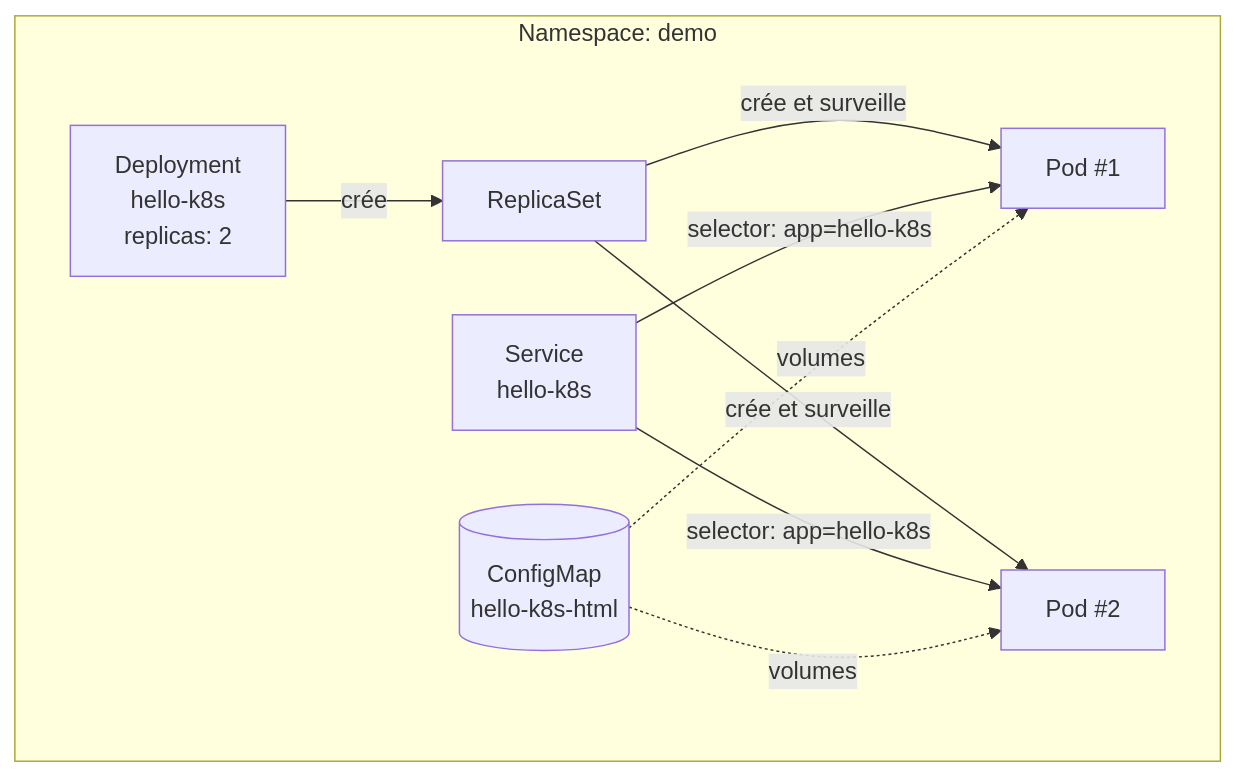
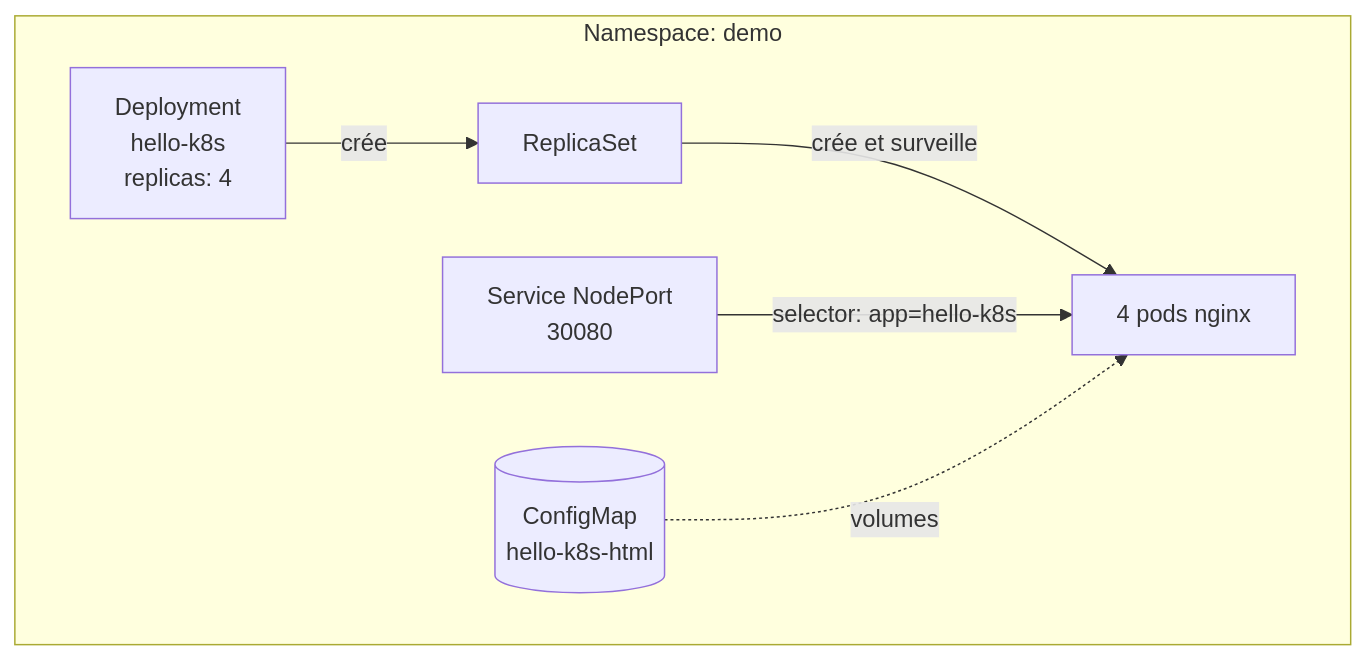
The fourth of 10 diagrams in README.md (sokhonad/k8s), drawn with Mermaid before and after one commit. The commit also changed other lines of this file, not shown here.

Commit message:
MyWebApp (Tomcat + PostgreSQL + design) et README

````diff
--- a/README.md
+++ b/README.md
@@ -76,19 +172,15 @@
 ```mermaid
 flowchart TB
     subgraph ns[Namespace: demo]
-        dep[Deployment<br/>hello-k8s<br/>replicas: 2]
+        dep[Deployment<br/>hello-k8s<br/>replicas: 4]
         rs[ReplicaSet]
-        p1[Pod #1]
-        p2[Pod #2]
-        svc[Service<br/>hello-k8s]
+        pods[4 pods nginx]
+        svc[Service NodePort<br/>30080]
         cm[(ConfigMap<br/>hello-k8s-html)]
 
         dep -- crée --> rs
-        rs -- crée et surveille --> p1
-        rs -- crée et surveille --> p2
-        svc -- "selector: app=hello-k8s" --> p1
-        svc -- "selector: app=hello-k8s" --> p2
-        cm -. volumes .-> p1
-        cm -. volumes .-> p2
+        rs -- crée et surveille --> pods
+        svc -- "selector: app=hello-k8s" --> pods
+        cm -. volumes .-> pods
     end
 ```
````
